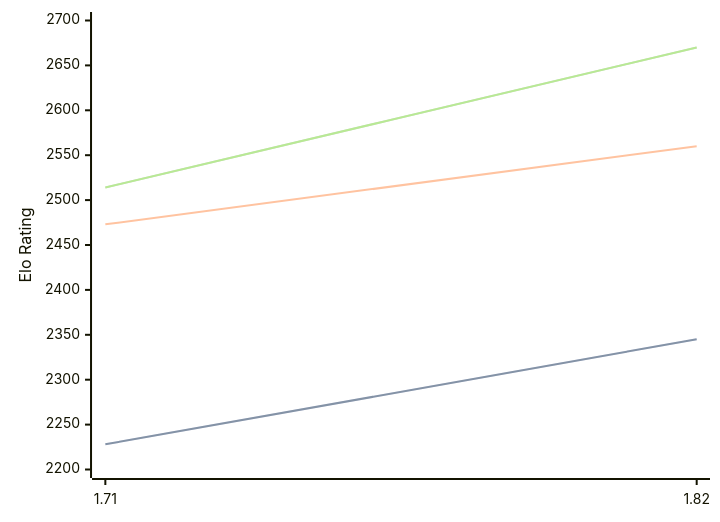
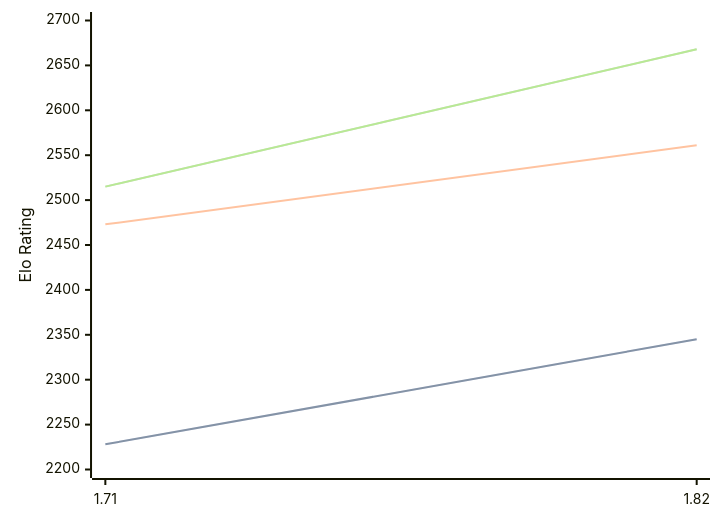
The diagram in engines/Amira.md (computer-chess-index/cci), drawn with Mermaid before and after one commit. The commit also changed other lines of this file, not shown here.

Commit message:
Update CCI Ratings (ELO VLTC) - 2026-04-23

````diff
--- a/engines/Amira.md
+++ b/engines/Amira.md
@@ -35,11 +35,11 @@
 ```mermaid
 %%{init: {"theme":"base","themeVariables":{"seriesColors:['#a3a3a3','#222221','#faa371']}}}%%
 xychart-beta
   x-axis ["1.71", "1.82"]
   y-axis "Elo Rating" 2200 --> 2700
   line "STC (8.0+0.08s)" [2228, 2345]
   line "STC (8.0+0.08s)" [2228, 2345]
-  line "LTC (60.0+0.60s)" [2473, 2560]
-  line "VLTC (2m24s+1.12s)" [2514, 2670]
-  line "VLTC (2m24s+1.12s)" [2514, 2670]
+  line "LTC (60.0+0.60s)" [2473, 2561]
+  line "VLTC (2m24s+1.12s)" [2515, 2668]
+  line "VLTC (2m24s+1.12s)" [2515, 2668]
 ```
````
